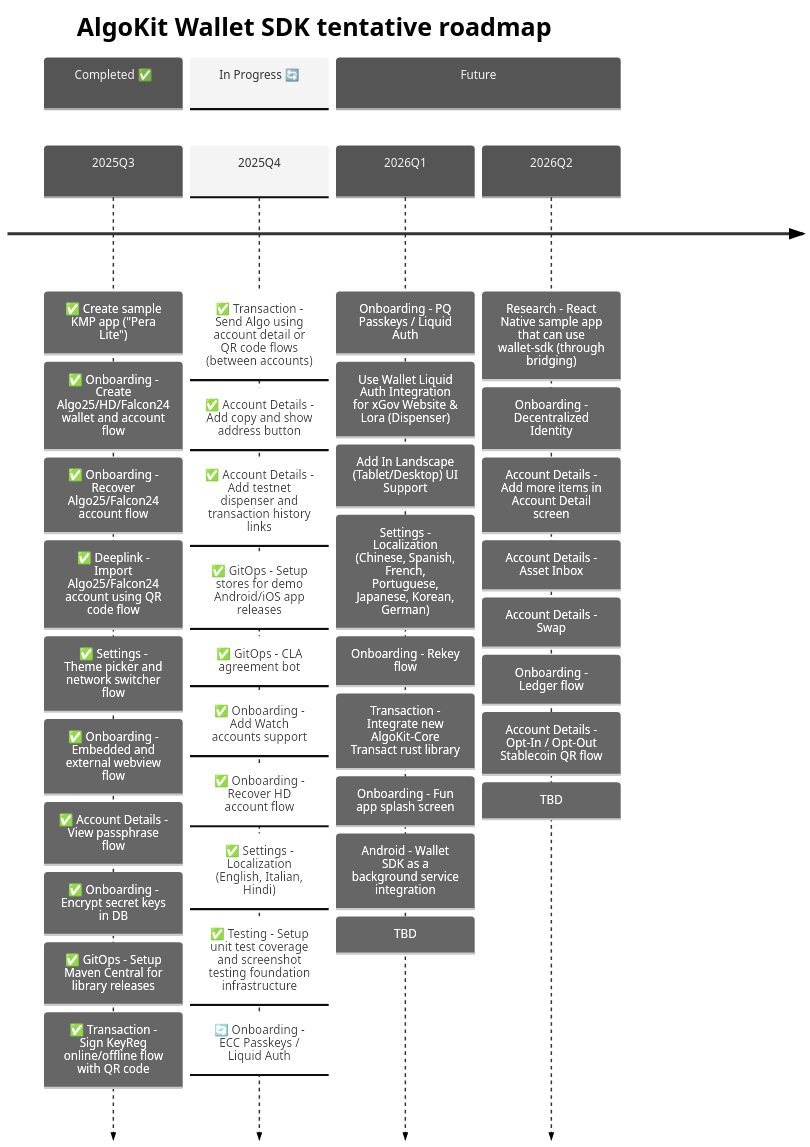
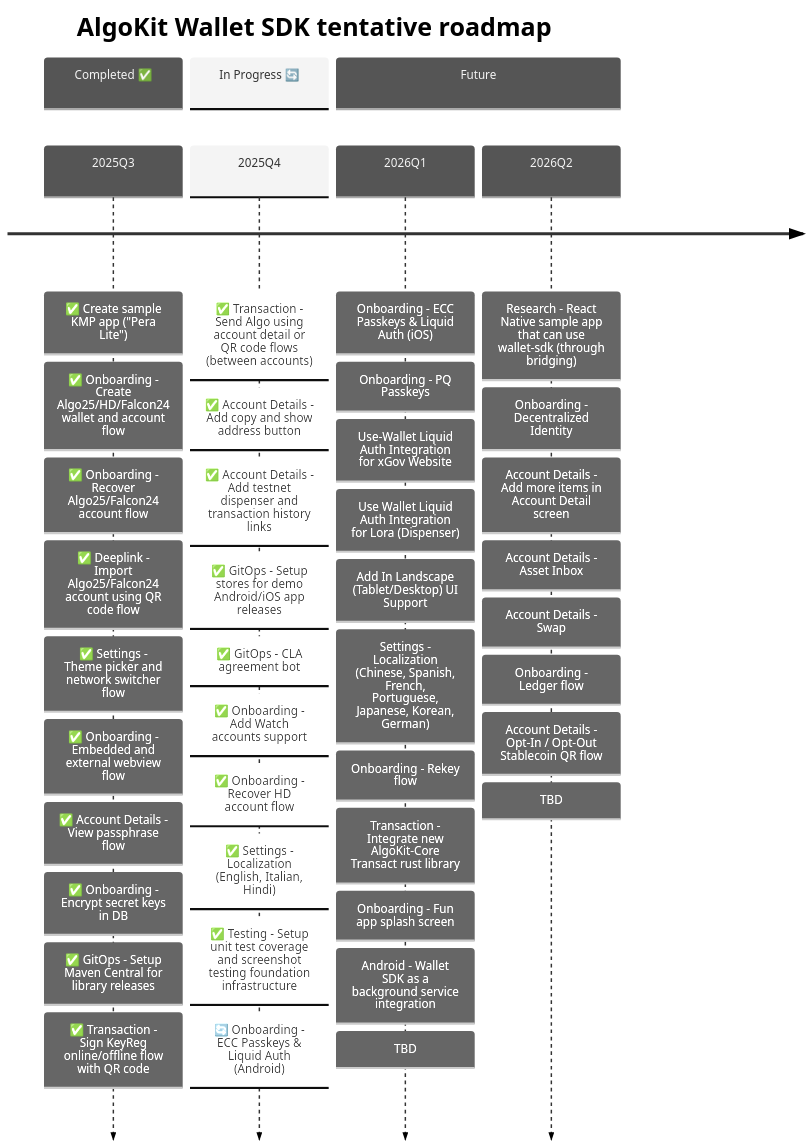
Before and after one commit to michaeltchuangllc/algokit-walletsdk-kmp: the second of 3 diagrams in README.md, drawn with Mermaid. The commit also changed other lines of this file and 133 other files, not shown here.

Commit message:
feat: passkeys integration for Android (#182)

````diff
--- a/README.md
+++ b/README.md
@@ -67,52 +67,54 @@
 ```mermaid
 ---
 config:
   theme: 'neutral'
 ---
 timeline
     title AlgoKit Wallet SDK tentative roadmap
 
     section Completed ✅
     2025Q3  : ✅ Create sample KMP app ("Pera Lite")
             : ✅ Onboarding - Create Algo25/HD/Falcon24 wallet and account flow
             : ✅ Onboarding - Recover Algo25/Falcon24 account flow
             : ✅ Deeplink - Import Algo25/Falcon24 account using QR code flow
             : ✅ Settings - Theme picker and network switcher flow
             : ✅ Onboarding - Embedded and external webview flow
             : ✅ Account Details - View passphrase flow
             : ✅ Onboarding - Encrypt secret keys in DB
             : ✅ GitOps - Setup Maven Central for library releases
             : ✅ Transaction - Sign KeyReg online/offline flow with QR code
 
     section In Progress 🔄
     2025Q4  : ✅ Transaction - Send Algo using account detail or QR code flows (between accounts)
             : ✅ Account Details - Add copy and show address button
             : ✅ Account Details - Add testnet dispenser and transaction history links
             : ✅ GitOps - Setup stores for demo Android/iOS app releases
             : ✅ GitOps - CLA agreement bot
             : ✅ Onboarding - Add Watch accounts support
             : ✅ Onboarding - Recover HD account flow
             : ✅ Settings - Localization (English, Italian, Hindi)
             : ✅ Testing - Setup unit test coverage and screenshot testing foundation infrastructure
-            : 🔄 Onboarding - ECC Passkeys / Liquid Auth
+            : 🔄 Onboarding - ECC Passkeys & Liquid Auth (Android)
 
     section Future
-    2026Q1  : Onboarding - PQ Passkeys / Liquid Auth
-            : Use Wallet Liquid Auth Integration for xGov Website & Lora (Dispenser)
+    2026Q1  : Onboarding - ECC Passkeys & Liquid Auth (iOS)
+            : Onboarding - PQ Passkeys
+            : Use-Wallet Liquid Auth Integration for xGov Website
+            : Use Wallet Liquid Auth Integration for Lora (Dispenser)
             : Add In Landscape (Tablet/Desktop) UI Support
             : Settings - Localization (Chinese, Spanish, French, Portuguese, Japanese, Korean, German)
             : Onboarding - Rekey flow
             : Transaction - Integrate new AlgoKit-Core Transact rust library
             : Onboarding - Fun app splash screen
             : Android - Wallet SDK as a background service integration
             : TBD
     2026Q2   
             : Research - React Native sample app that can use wallet-sdk (through bridging)
             : Onboarding - Decentralized Identity
             : Account Details - Add more items in Account Detail screen
             : Account Details - Asset Inbox
             : Account Details - Swap
             : Onboarding - Ledger flow
             : Account Details - Opt-In / Opt-Out Stablecoin QR flow
             : TBD
 ```
````
